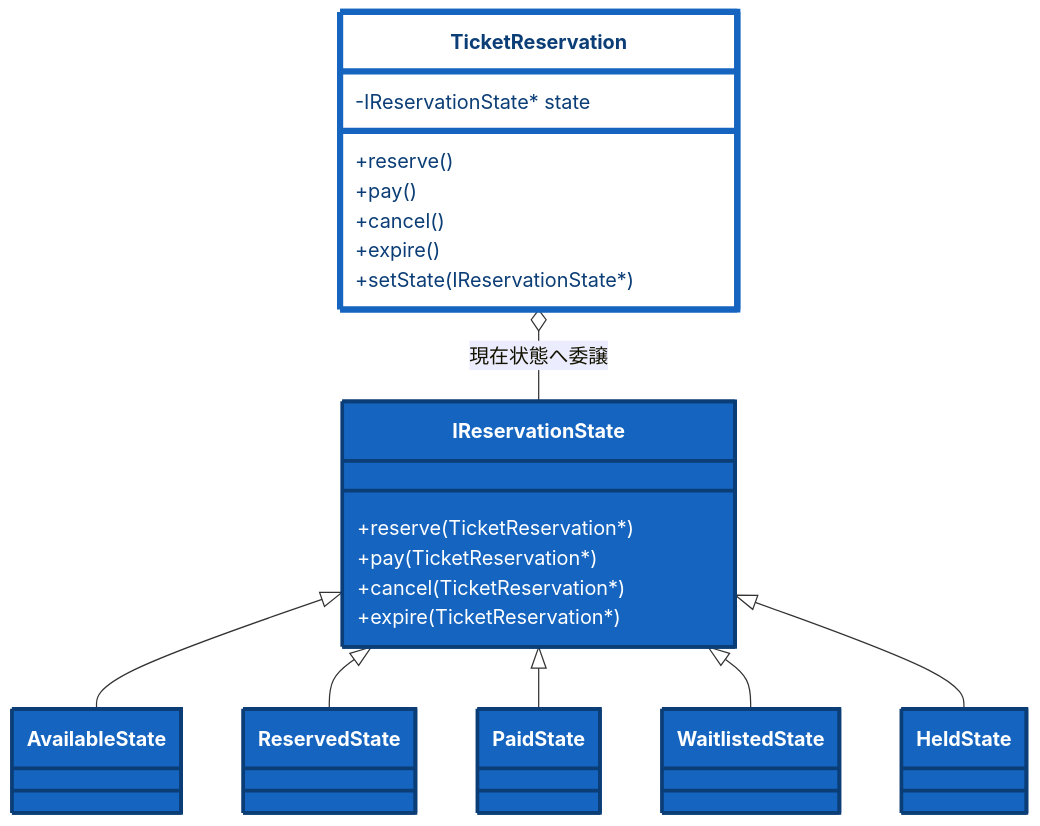
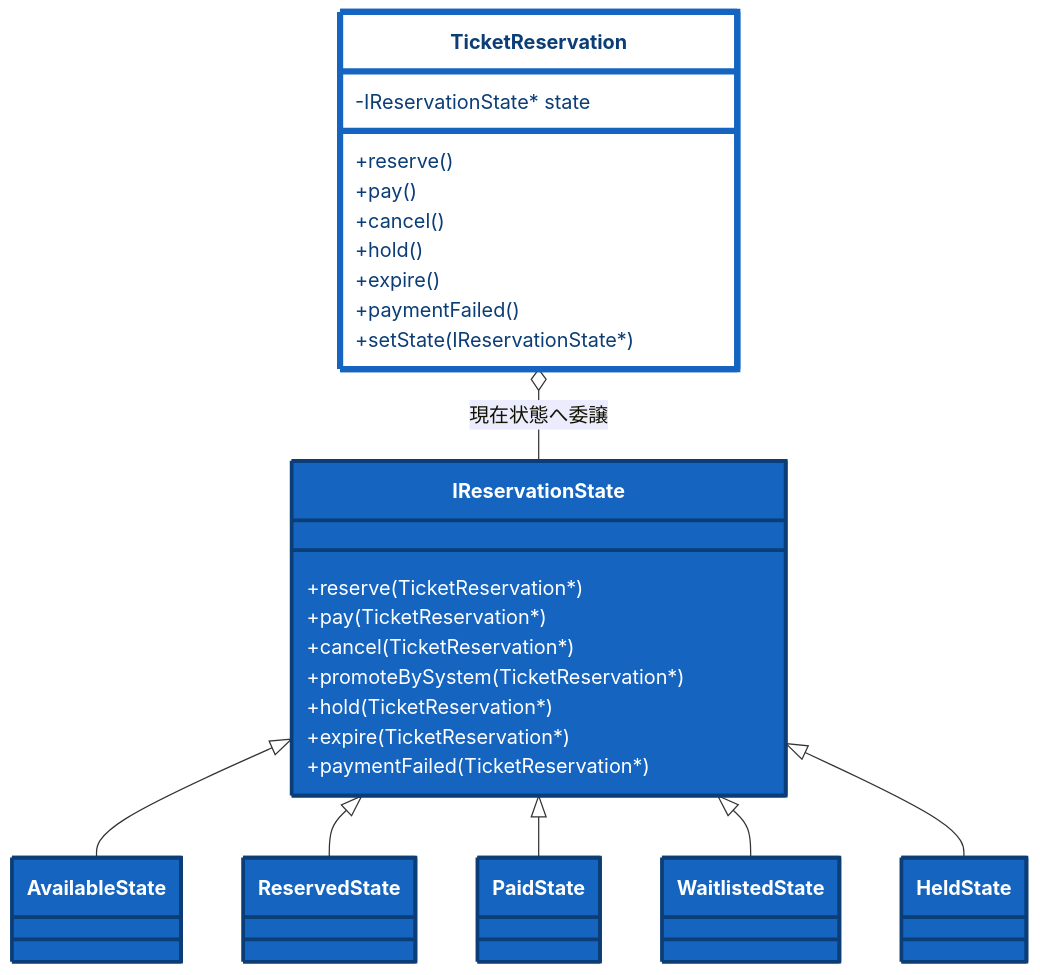
Before and after one commit to kumachan1101-pixel/DesignPattern: the tenth of 18 diagrams in kindle/design-patterns/books/volume01-core-patterns/output/04-chapter02.md, drawn with Mermaid. The commit also changed other lines of this file and 4 other files, not shown here.

First line of the commit message:
本文の数え・抜粋・図を、掲載コードと一致させる

````diff
--- a/kindle/design-patterns/books/volume01-core-patterns/output/04-chapter02.md
+++ b/kindle/design-patterns/books/volume01-core-patterns/output/04-chapter02.md
@@ -1953,32 +1956,37 @@
 ```mermaid
 classDiagram
     direction TB
     class TicketReservation:::touched {
         -IReservationState* state
         +reserve()
         +pay()
         +cancel()
+        +hold()
         +expire()
+        +paymentFailed()
         +setState(IReservationState*)
     }
     class IReservationState:::added {
         +reserve(TicketReservation*)
         +pay(TicketReservation*)
         +cancel(TicketReservation*)
+        +promoteBySystem(TicketReservation*)
+        +hold(TicketReservation*)
         +expire(TicketReservation*)
+        +paymentFailed(TicketReservation*)
     }
     class AvailableState:::added
     class ReservedState:::added
     class PaidState:::added
     class WaitlistedState:::added
     class HeldState:::added
     TicketReservation o-- IReservationState : 現在状態へ委譲
     IReservationState <|-- AvailableState
     IReservationState <|-- ReservedState
     IReservationState <|-- PaidState
     IReservationState <|-- WaitlistedState
     IReservationState <|-- HeldState
 
     classDef added fill:#1565c0,stroke:#0b3d76,stroke-width:3px,color:#ffffff;
     classDef touched fill:#ffffff,stroke:#1565c0,stroke-width:5px,color:#0b3d76;
 ```
````
